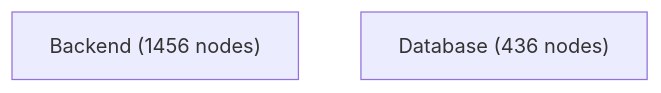
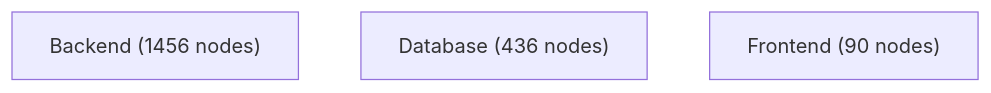
The first of 4 diagrams in docs/architecture-analysis/architecture.report.md (jankneumann/agentic-coding-tools), drawn with Mermaid before and after one commit. The commit also changed other lines of this file and 14 other files, not shown here.

First line of the commit message:
chore(architecture): regenerate context artifacts at 464470df

````diff
--- a/docs/architecture-analysis/architecture.report.md
+++ b/docs/architecture-analysis/architecture.report.md
@@ -501,5 +513,6 @@
 ```mermaid
 flowchart TB
     Backend["Backend (1456 nodes)"]
     Database["Database (436 nodes)"]
+    Frontend["Frontend (90 nodes)"]
 ```
````
